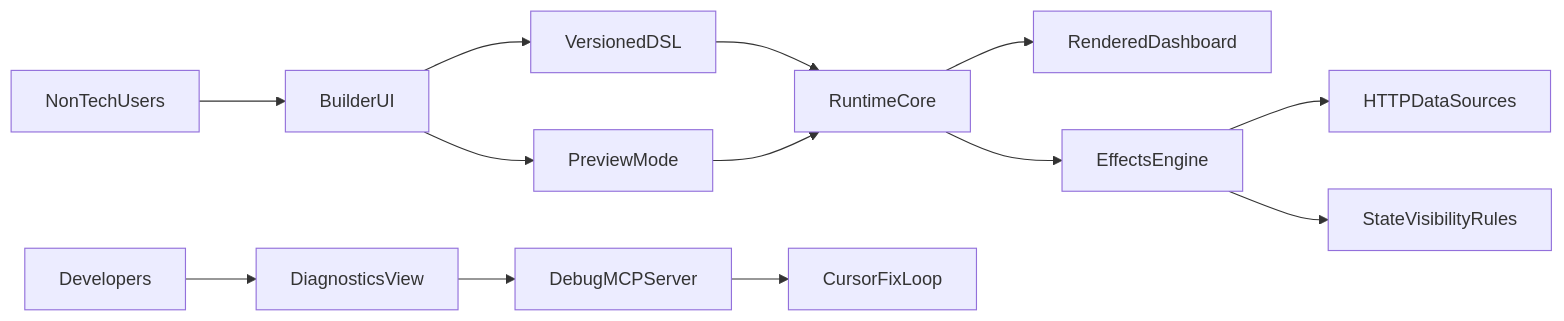
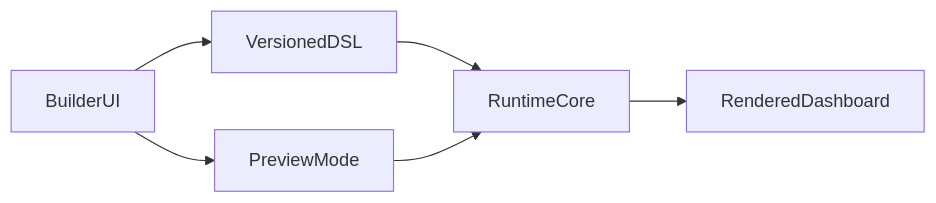
One commit to iamadi11/AIUI changed the diagram in PLAN.md. Above: the diagram before and after it, drawn with Mermaid. The commit also changed other lines of this file and 6 other files, not shown here.

First line of the commit message:
refactor(core): redefine product intent and user experience for dashboard builder

````diff
--- a/PLAN.md
+++ b/PLAN.md
@@ -26,15 +38,8 @@
 ```mermaid
 flowchart LR
-  nonTechUsers[NonTechUsers] --> builderUi[BuilderUI]
-  builderUi --> dslStore[VersionedDSL]
+  builderUi[BuilderUI] --> dslStore[VersionedDSL]
   dslStore --> runtimeCore[RuntimeCore]
   runtimeCore --> renderOutput[RenderedDashboard]
-  runtimeCore --> effectsEngine[EffectsEngine]
-  effectsEngine --> httpLayer[HTTPDataSources]
-  effectsEngine --> stateLayer[StateVisibilityRules]
   builderUi --> previewMode[PreviewMode]
   previewMode --> runtimeCore
-  developers[Developers] --> diagnosticsView[DiagnosticsView]
-  diagnosticsView --> debugMcp[DebugMCPServer]
-  debugMcp --> cursorFixLoop[CursorFixLoop]
 ```
````
